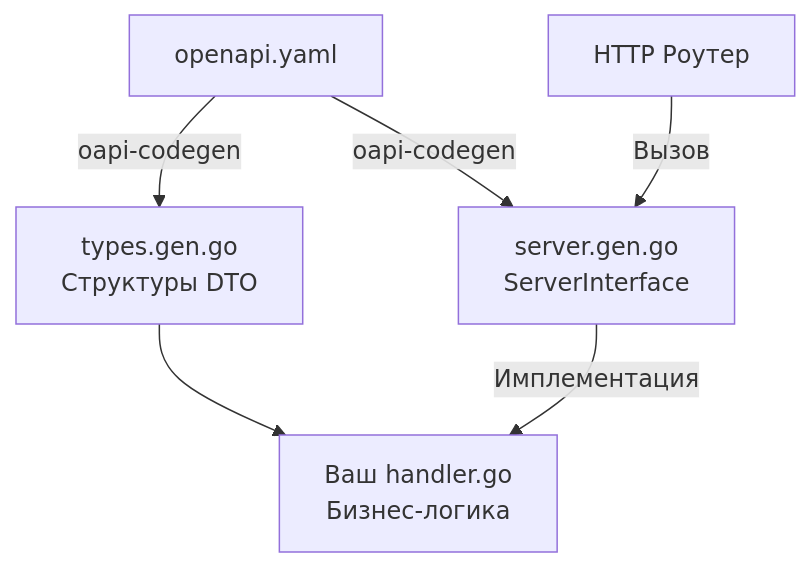
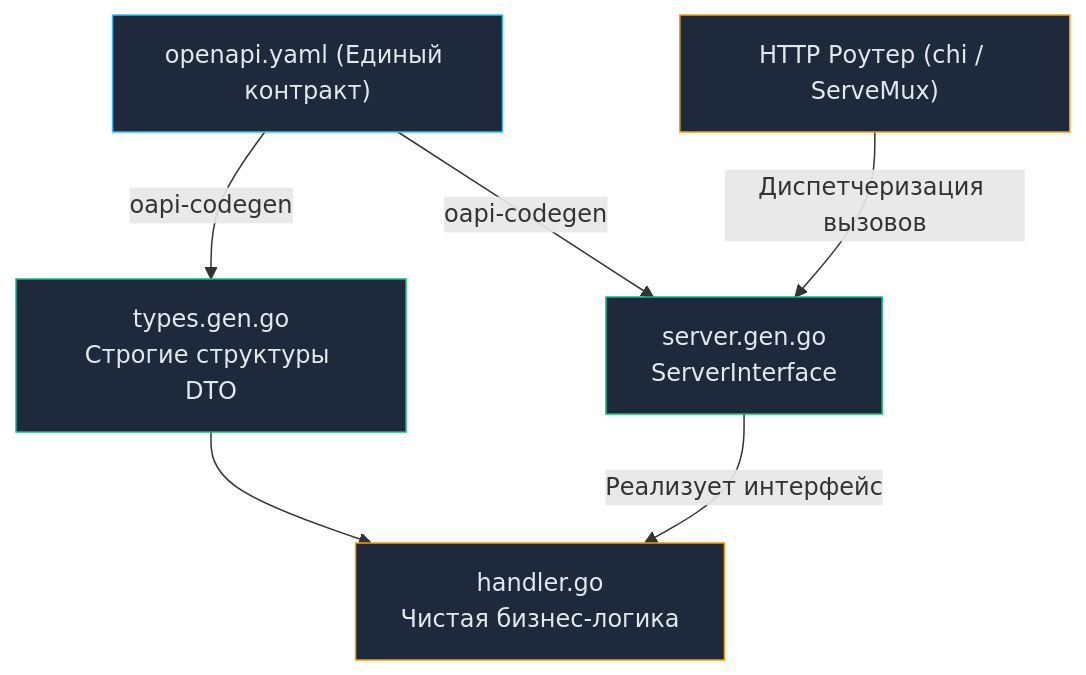
One commit to UnrealTemplier/go-textbook changed the diagram in sources/10. Проектирование API и Сетевые протоколы/14. OpenAPI и Swagger.md. Above: the diagram before and after it, drawn with Mermaid. The commit also changed other lines of this file, not shown here.

````diff
--- a/sources/10. Проектирование API и Сетевые протоколы/14. OpenAPI и Swagger.md
+++ b/sources/10. Проектирование API и Сетевые протоколы/14. OpenAPI и Swagger.md
@@ -96,10 +106,17 @@
 ```mermaid
 flowchart TD
-    Spec["openapi.yaml"]-->|"oapi-codegen"|GenTypes["types.gen.go<br>Структуры DTO"]
-    Spec-->|"oapi-codegen"|GenServer["server.gen.go<br>ServerInterface"]
+    Spec["openapi.yaml (Единый контракт)"] -->|"oapi-codegen"| GenTypes["types.gen.go<br>Строгие структуры DTO"]
+    Spec -->|"oapi-codegen"| GenServer["server.gen.go<br>ServerInterface"]
     
-    GenServer-->|"Имплементация"|MyHandler["Ваш handler.go<br>Бизнес-логика"]
-    GenTypes-->MyHandler
+    GenServer -->|"Реализует интерфейс"| MyHandler["handler.go<br>Чистая бизнес-логика"]
+    GenTypes --> MyHandler
     
-    Router["HTTP Роутер"]-->|"Вызов"|GenServer
+    Router["HTTP Роутер (chi / ServeMux)"] -->|"Диспетчеризация вызовов"| GenServer
+
+    classDef spec fill:#1e293b,stroke:#38bdf8,stroke-width:1px,color:#e2e8f0;
+    classDef gen fill:#1e293b,stroke:#10b981,stroke-width:1px,color:#e2e8f0;
+    classDef app fill:#1e293b,stroke:#f59e0b,stroke-width:1px,color:#e2e8f0;
+    class Spec spec;
+    class GenTypes,GenServer gen;
+    class MyHandler,Router app;
 ```
````
